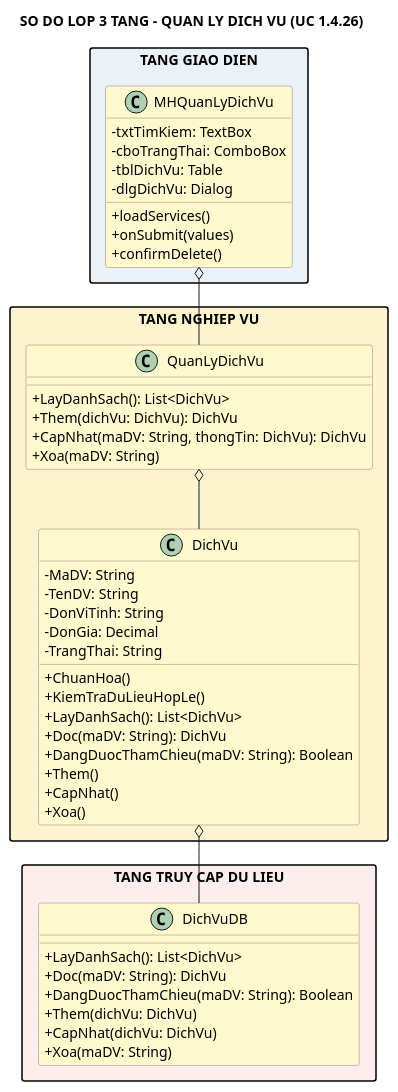
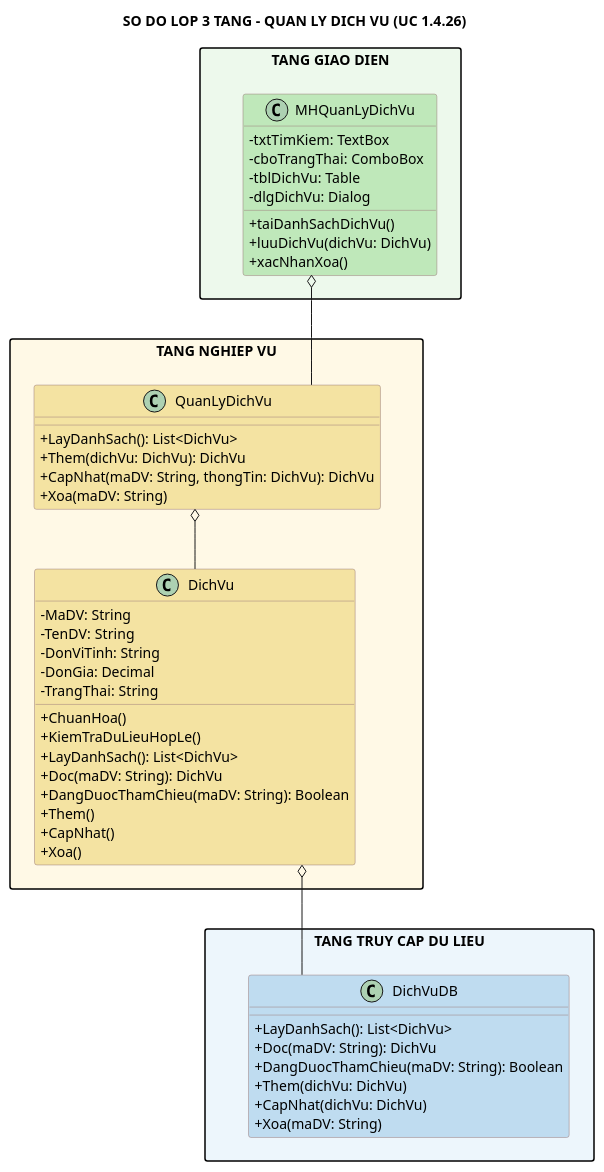
One commit to Ming1309/HomeStay-Dorm changed the diagram in docs/uml/quan-ly-dich-vu-class.puml. Above: the diagram before and after it, drawn with PlantUML. The commit also changed 56 other files, not shown here.

Commit message:
docs(uml): audit and standardize UML diagram file names, extensions, and separation

```diff
--- a/docs/uml/quan-ly-dich-vu-class.puml
+++ b/docs/uml/quan-ly-dich-vu-class.puml
@@ -1,60 +1,64 @@
 @startuml
 title SO DO LOP 3 TANG - QUAN LY DICH VU (UC 1.4.26)
 top to bottom direction
 skinparam shadowing false
 skinparam linetype ortho
 skinparam packageStyle rectangle
 skinparam classAttributeIconSize 0
 skinparam class {
   BackgroundColor #FFFACD
   BorderColor #9B7B7B
 }
 
-package "TANG GIAO DIEN" #EAF2F8 {
-  class MHQuanLyDichVu {
+package "TANG GIAO DIEN" as GUI_LAYER #EDF9EC {
+  class MHQuanLyDichVu #BFE8BA {
     - txtTimKiem: TextBox
     - cboTrangThai: ComboBox
     - tblDichVu: Table
     - dlgDichVu: Dialog
-    + loadServices()
-    + onSubmit(values)
-    + confirmDelete()
+    + taiDanhSachDichVu()
+    + luuDichVu(dichVu: DichVu)
+    + xacNhanXoa()
   }
 }
-package "TANG NGHIEP VU" #FCF3CF {
-  class QuanLyDichVu {
+package "TANG NGHIEP VU" as BUS_LAYER #FFF9E6 {
+  class QuanLyDichVu #F4E3A2 {
     + LayDanhSach(): List<DichVu>
     + Them(dichVu: DichVu): DichVu
     + CapNhat(maDV: String, thongTin: DichVu): DichVu
     + Xoa(maDV: String)
   }
-  class DichVu {
+  class DichVu #F4E3A2 {
     - MaDV: String
     - TenDV: String
     - DonViTinh: String
     - DonGia: Decimal
     - TrangThai: String
     + ChuanHoa()
     + KiemTraDuLieuHopLe()
     + LayDanhSach(): List<DichVu>
     + Doc(maDV: String): DichVu
     + DangDuocThamChieu(maDV: String): Boolean
     + Them()
     + CapNhat()
     + Xoa()
   }
 }
-package "TANG TRUY CAP DU LIEU" #FDEDEC {
-  class DichVuDB {
+package "TANG TRUY CAP DU LIEU" as DAL_LAYER #EDF6FC {
+  class DichVuDB #BFDCF0 {
     + LayDanhSach(): List<DichVu>
     + Doc(maDV: String): DichVu
     + DangDuocThamChieu(maDV: String): Boolean
     + Them(dichVu: DichVu)
     + CapNhat(dichVu: DichVu)
     + Xoa(maDV: String)
   }
 }
 MHQuanLyDichVu o-- QuanLyDichVu
 QuanLyDichVu o-- DichVu
 DichVu o-- DichVuDB
+
+GUI_LAYER -[hidden]down- BUS_LAYER
+BUS_LAYER -[hidden]down- DAL_LAYER
+QuanLyDichVu -[hidden]down- DichVuDB
 @enduml
```
